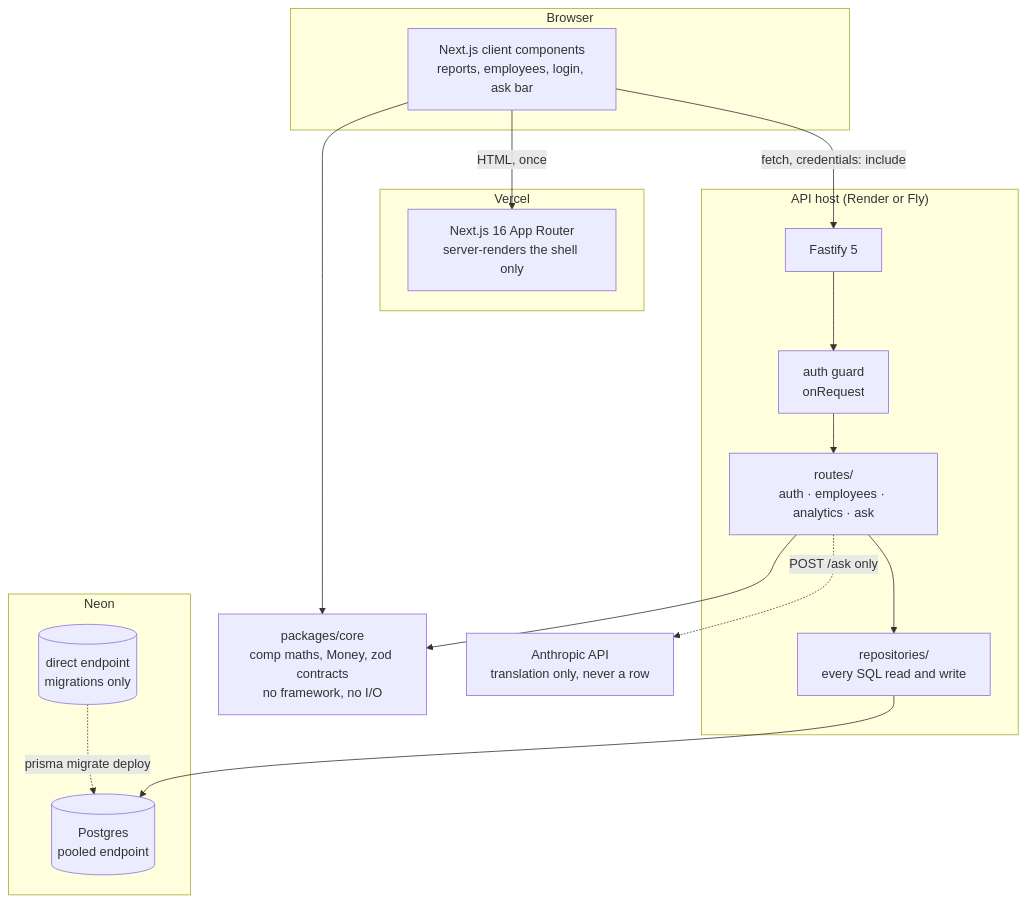
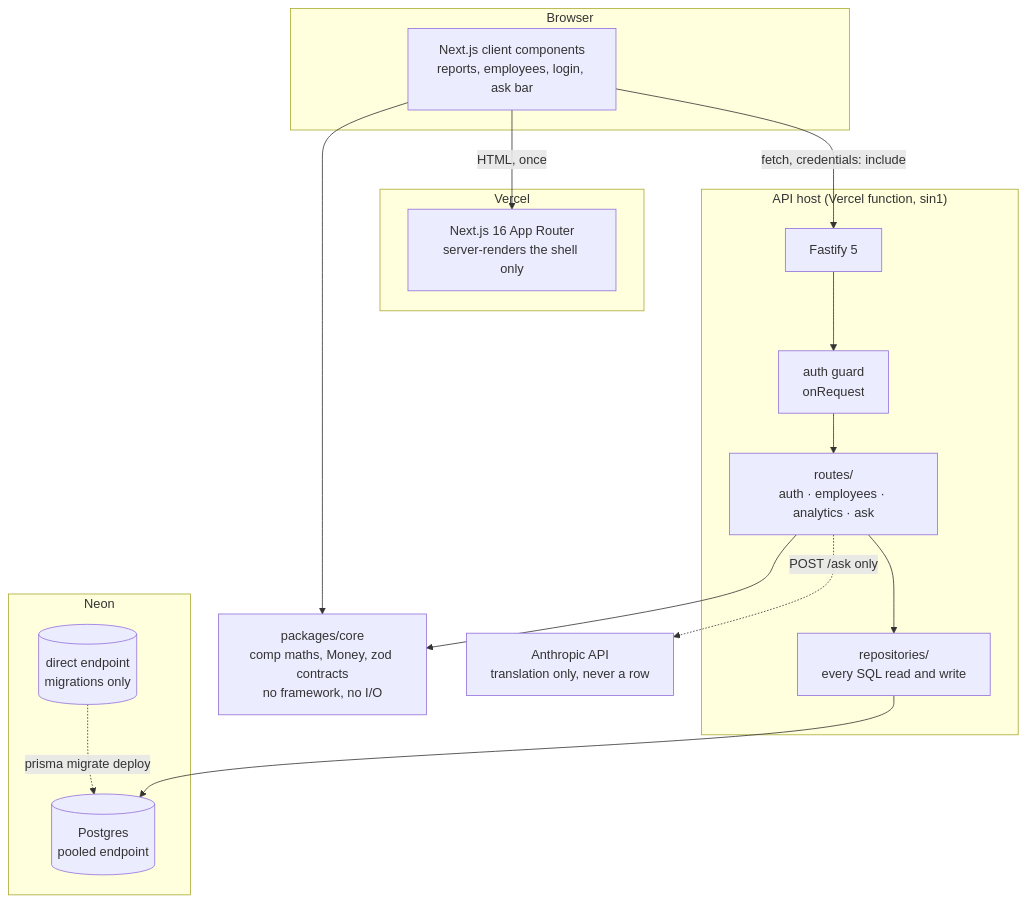
Before and after one commit to iamakbarsha1/paybands: the first of 3 diagrams in docs/architecture.md, drawn with Mermaid. The commit also changed 18 other files, not shown here.

````diff
--- a/docs/architecture.md
+++ b/docs/architecture.md
@@ -9,33 +9,33 @@
 ```mermaid
 flowchart TB
     subgraph browser["Browser"]
         pages["Next.js client components<br/>reports, employees, login, ask bar"]
     end
 
     subgraph vercel["Vercel"]
         next["Next.js 16 App Router<br/>server-renders the shell only"]
     end
 
-    subgraph host["API host (Render or Fly)"]
+    subgraph host["API host (Vercel function, sin1)"]
         fastify["Fastify 5"]
         guard["auth guard<br/>onRequest"]
         routes["routes/<br/>auth · employees · analytics · ask"]
         repos["repositories/<br/>every SQL read and write"]
     end
 
     subgraph neon["Neon"]
         pooled[("Postgres<br/>pooled endpoint")]
         direct[("direct endpoint<br/>migrations only")]
     end
 
     core["packages/core<br/>comp maths, Money, zod contracts<br/>no framework, no I/O"]
     anthropic["Anthropic API<br/>translation only, never a row"]
 
     pages -->|"HTML, once"| next
     pages -->|"fetch, credentials: include"| fastify
     fastify --> guard --> routes --> repos --> pooled
     routes --> core
     pages --> core
     routes -.->|"POST /ask only"| anthropic
     direct -.->|"prisma migrate deploy"| pooled
 ```
````
